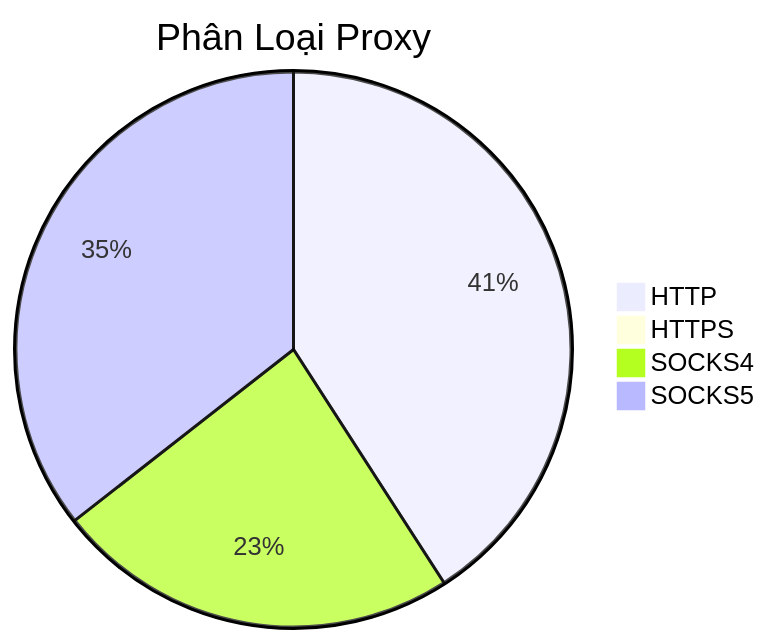
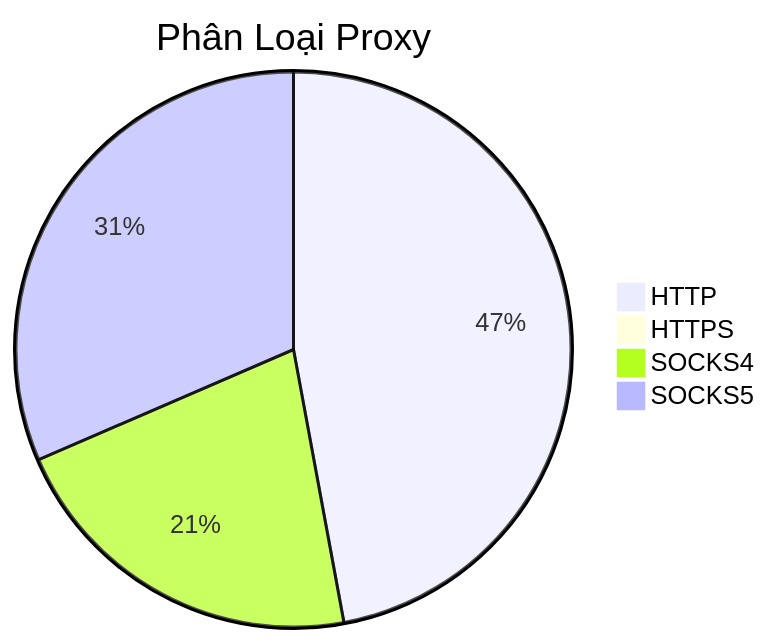
One commit to Ciara-Aa/PROXY-free changed the diagram in README.md. Above: the diagram before and after it, drawn with Mermaid. The commit also changed other lines of this file and 4 other files, not shown here.

````diff
--- a/README.md
+++ b/README.md
@@ -26,7 +26,7 @@
 ```mermaid
 pie title Phân Loại Proxy
-    "HTTP" : 269
-    "HTTPS" : 3
-    "SOCKS4" : 155
-    "SOCKS5" : 234
+    "HTTP" : 332
+    "HTTPS" : 6
+    "SOCKS4" : 151
+    "SOCKS5" : 222
 ```
````
